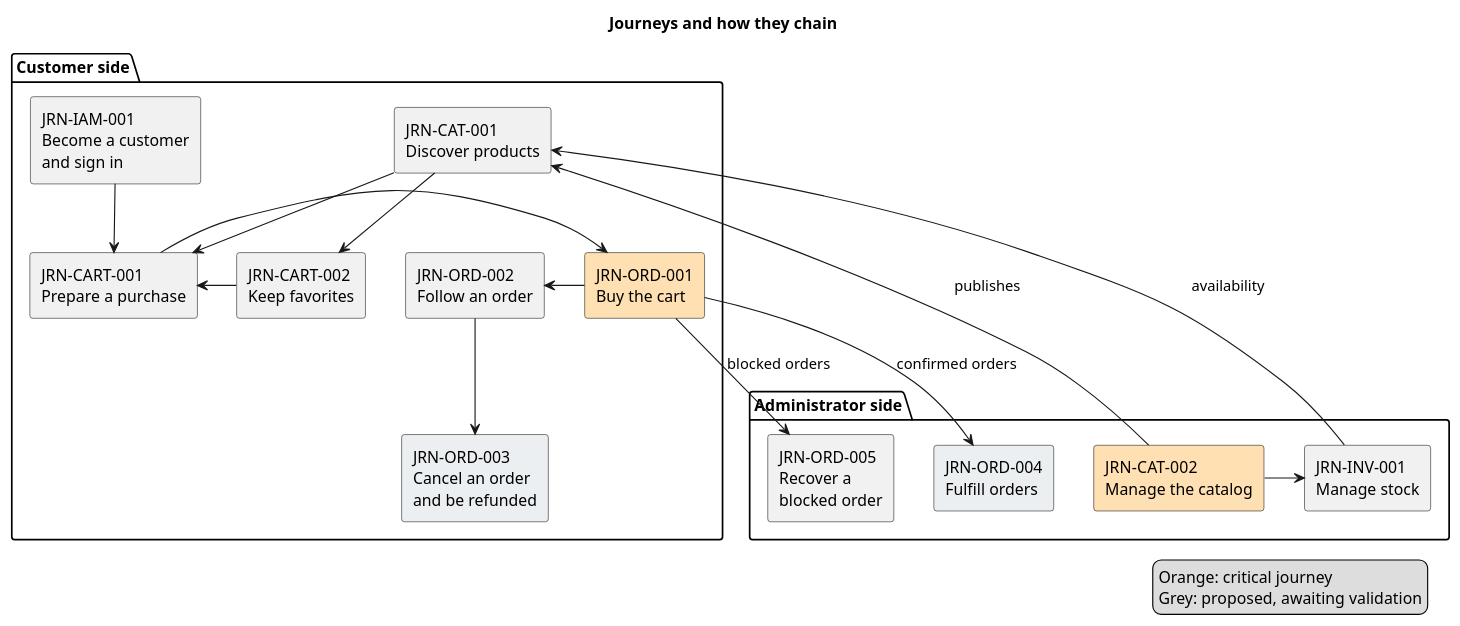
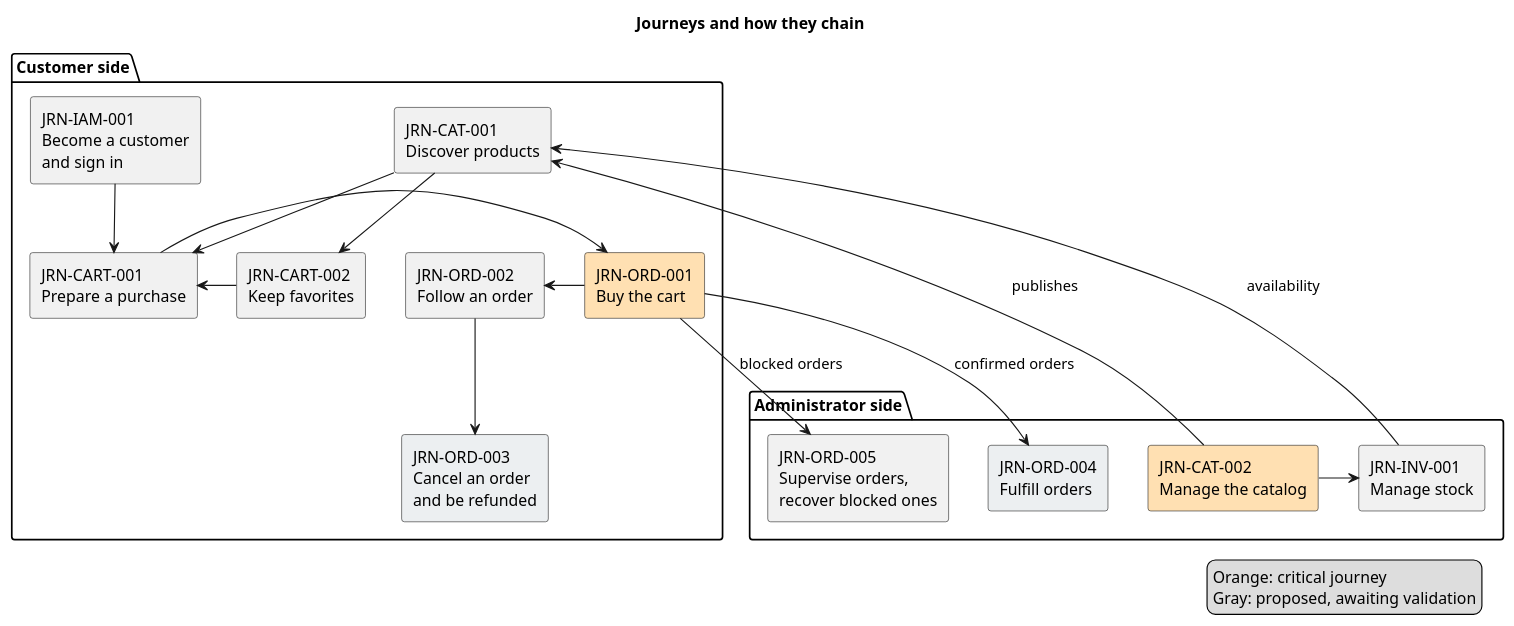
One commit to AxeloLabs/alten-commerce-platform changed the diagram in doc/2-spec/01-business-needs/diagrams/journey-map.puml. Above: the diagram before and after it, drawn with PlantUML. The commit also changed 29 other files, not shown here.

```diff
--- a/doc/2-spec/01-business-needs/diagrams/journey-map.puml
+++ b/doc/2-spec/01-business-needs/diagrams/journey-map.puml
@@ -1,39 +1,39 @@
 @startuml
 title Journeys and how they chain
 
 package "Customer side" {
   rectangle "JRN-IAM-001\nBecome a customer\nand sign in" as IAM
   rectangle "JRN-CAT-001\nDiscover products" as DISC
   rectangle "JRN-CART-002\nKeep favorites" as FAV
   rectangle "JRN-CART-001\nPrepare a purchase" as CART
   rectangle "JRN-ORD-001\nBuy the cart" as BUY #FFE0B2
   rectangle "JRN-ORD-002\nFollow an order" as FOLLOW
   rectangle "JRN-ORD-003\nCancel an order\nand be refunded" as CANCEL #ECEFF1
 }
 
 package "Administrator side" {
   rectangle "JRN-CAT-002\nManage the catalog" as CATALOG #FFE0B2
   rectangle "JRN-INV-001\nManage stock" as STOCK
   rectangle "JRN-ORD-004\nFulfill orders" as FULFILL #ECEFF1
-  rectangle "JRN-ORD-005\nRecover a\nblocked order" as RECOVER
+  rectangle "JRN-ORD-005\nSupervise orders,\nrecover blocked ones" as RECOVER
 }
 
 DISC -right-> CART
 IAM -down-> CART
 DISC -down-> FAV
 FAV -right-> CART
 CART -right-> BUY
 BUY -right-> FOLLOW
 FOLLOW -down-> CANCEL
 
 CATALOG -right-> STOCK
 CATALOG -up-> DISC : publishes
 STOCK -up-> DISC : availability
 BUY -down-> FULFILL : confirmed orders
 BUY -down-> RECOVER : blocked orders
 
 legend right
   Orange: critical journey
-  Grey: proposed, awaiting validation
+  Gray: proposed, awaiting validation
 endlegend
 @enduml
```
